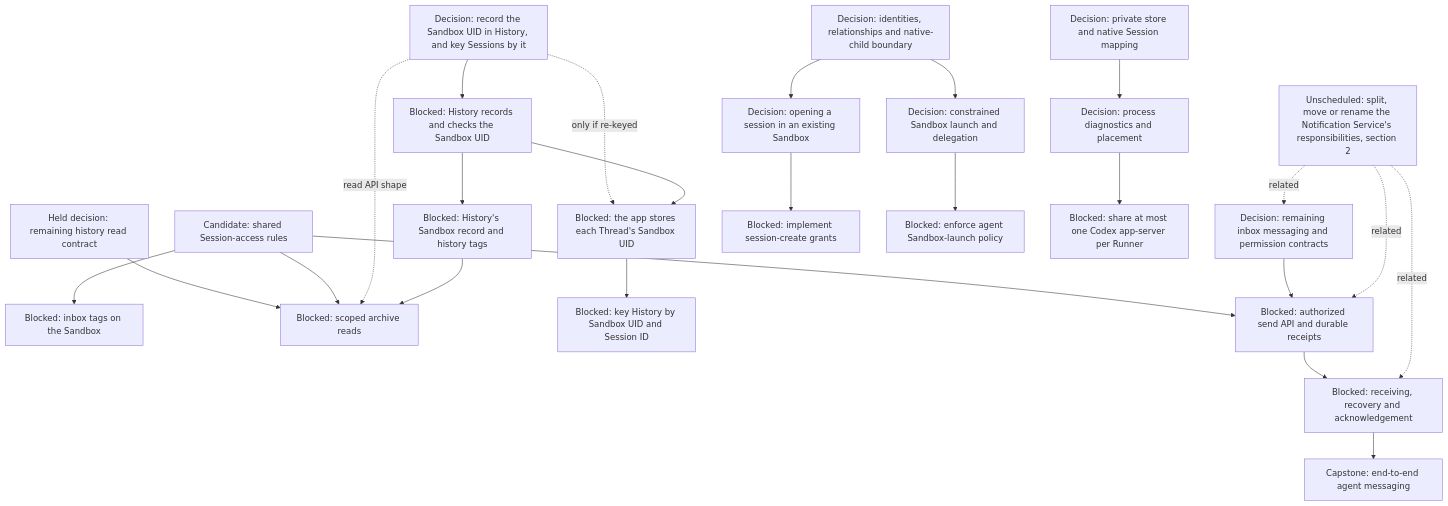
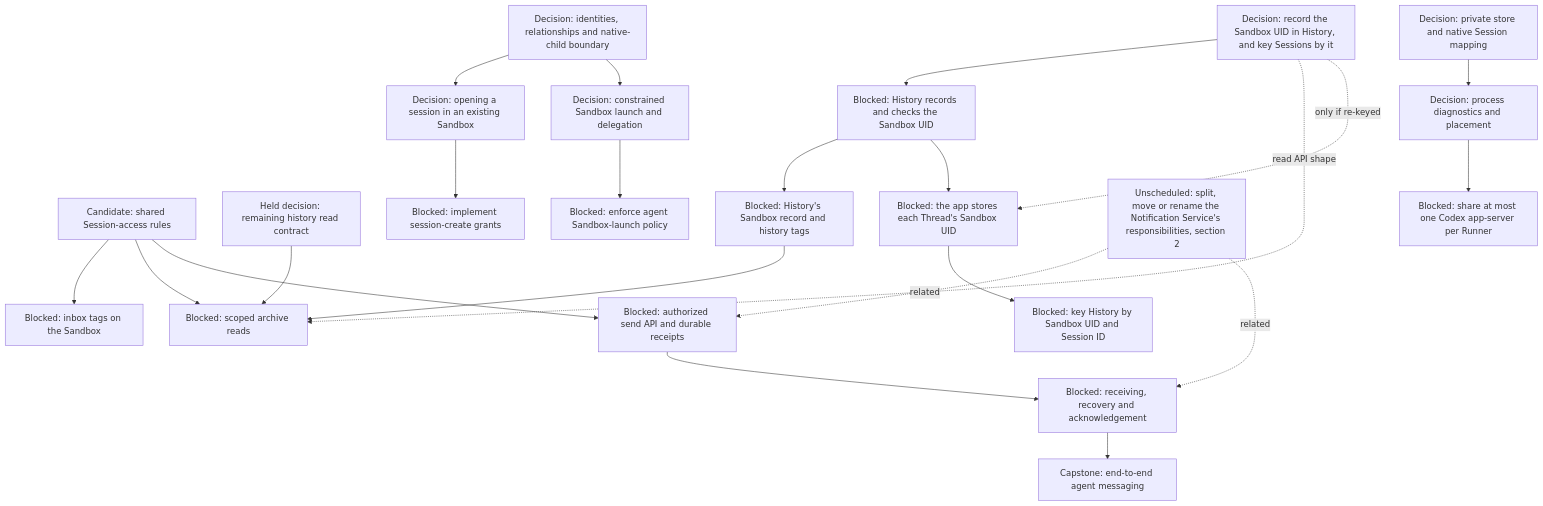
One commit to agentydragon/ducktape changed the fifth of 17 diagrams in agentplane/plans/task_dag.md. Above: the diagram before and after it, drawn with Mermaid. The commit also changed other lines of this file and 1 other file, not shown here.

First line of the commit message:
docs(agentplane): the inbox defaults for peer messages are accepted, so AGENT_MESSAGING_DESIGN is done

````diff
--- a/agentplane/plans/task_dag.md
+++ b/agentplane/plans/task_dag.md
@@ -250,46 +250,43 @@
 ```mermaid
 flowchart TD
     MULTIAGENT_MODEL[Decision: identities, relationships and native-child boundary]
     SESSION_ACCESS_RULES[Candidate: shared Session-access rules]
     THREAD_READ_POLICY_DESIGN[Held decision: remaining history read contract]
     SANDBOX_INBOX_TAGS[Blocked: inbox tags on the Sandbox]
     HISTORY_SANDBOX_RECORD[Blocked: History's Sandbox record and history tags]
     THREAD_READ_POLICY[Blocked: scoped archive reads]
     HISTORY_SESSION_KEY_DESIGN[Decision: record the Sandbox UID in History, and key Sessions by it]
     HISTORY_SANDBOX_UID[Blocked: History records and checks the Sandbox UID]
     APP_THREAD_SANDBOX_UID[Blocked: the app stores each Thread's Sandbox UID]
     HISTORY_SESSION_REKEY[Blocked: key History by Sandbox UID and Session ID]
-    AGENT_MESSAGING_DESIGN[Decision: remaining inbox messaging and permission contracts]
     AGENT_MESSAGE_INGRESS[Blocked: authorized send API and durable receipts]
     AGENT_MESSAGE_RECEPTION[Blocked: receiving, recovery and acknowledgement]
     AGENT_MESSAGING[Capstone: end-to-end agent messaging]
     THREAD_CREATE_POLICY[Decision: opening a session in an existing Sandbox]
     THREAD_CREATE_AUTHORIZATION[Blocked: implement session-create grants]
     AGENT_LAUNCH_POLICY_DESIGN[Decision: constrained Sandbox launch and delegation]
     AGENT_SANDBOX_LAUNCH[Blocked: enforce agent Sandbox-launch policy]
     MULTIAGENT_MODEL --> THREAD_CREATE_POLICY
     MULTIAGENT_MODEL --> AGENT_LAUNCH_POLICY_DESIGN
     THREAD_READ_POLICY_DESIGN --> THREAD_READ_POLICY
     SESSION_ACCESS_RULES --> SANDBOX_INBOX_TAGS
     SESSION_ACCESS_RULES --> THREAD_READ_POLICY
     HISTORY_SESSION_KEY_DESIGN --> HISTORY_SANDBOX_UID
     HISTORY_SESSION_KEY_DESIGN -. read API shape .-> THREAD_READ_POLICY
     HISTORY_SESSION_KEY_DESIGN -. only if re-keyed .-> APP_THREAD_SANDBOX_UID
     HISTORY_SANDBOX_UID --> HISTORY_SANDBOX_RECORD
     HISTORY_SANDBOX_RECORD --> THREAD_READ_POLICY
     HISTORY_SANDBOX_UID --> APP_THREAD_SANDBOX_UID
     APP_THREAD_SANDBOX_UID --> HISTORY_SESSION_REKEY
     SESSION_ACCESS_RULES --> AGENT_MESSAGE_INGRESS
-    AGENT_MESSAGING_DESIGN --> AGENT_MESSAGE_INGRESS
     AGENT_MESSAGE_INGRESS --> AGENT_MESSAGE_RECEPTION
-    NOTIFICATION_SERVICE_SPLIT[Unscheduled: split, move or rename the Notification Service's responsibilities, section 2] -. related .-> AGENT_MESSAGING_DESIGN
-    NOTIFICATION_SERVICE_SPLIT -. related .-> AGENT_MESSAGE_INGRESS
+    NOTIFICATION_SERVICE_SPLIT[Unscheduled: split, move or rename the Notification Service's responsibilities, section 2] -. related .-> AGENT_MESSAGE_INGRESS
     NOTIFICATION_SERVICE_SPLIT -. related .-> AGENT_MESSAGE_RECEPTION
     AGENT_MESSAGE_RECEPTION --> AGENT_MESSAGING
     THREAD_CREATE_POLICY --> THREAD_CREATE_AUTHORIZATION
     AGENT_LAUNCH_POLICY_DESIGN --> AGENT_SANDBOX_LAUNCH
     RUNNER_HARNESS_OBJECTS_DESIGN[Decision: process diagnostics and placement]
     HARNESS_IDENTITY_DESIGN[Decision: private store and native Session mapping]
     HARNESS_IDENTITY_DESIGN --> RUNNER_HARNESS_OBJECTS_DESIGN
     RUNNER_HARNESS_OBJECTS_DESIGN --> RUNNER_CODEX_SHARED_PROCESS[Blocked: share at most one Codex app-server per Runner]
 ```
````
